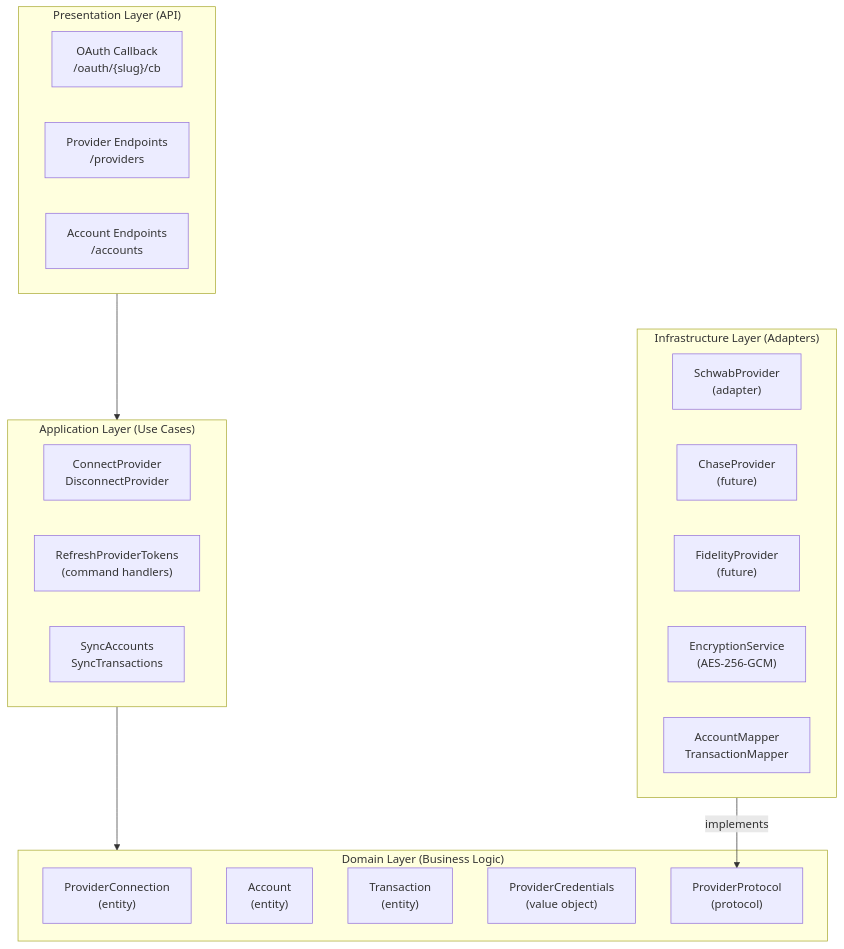
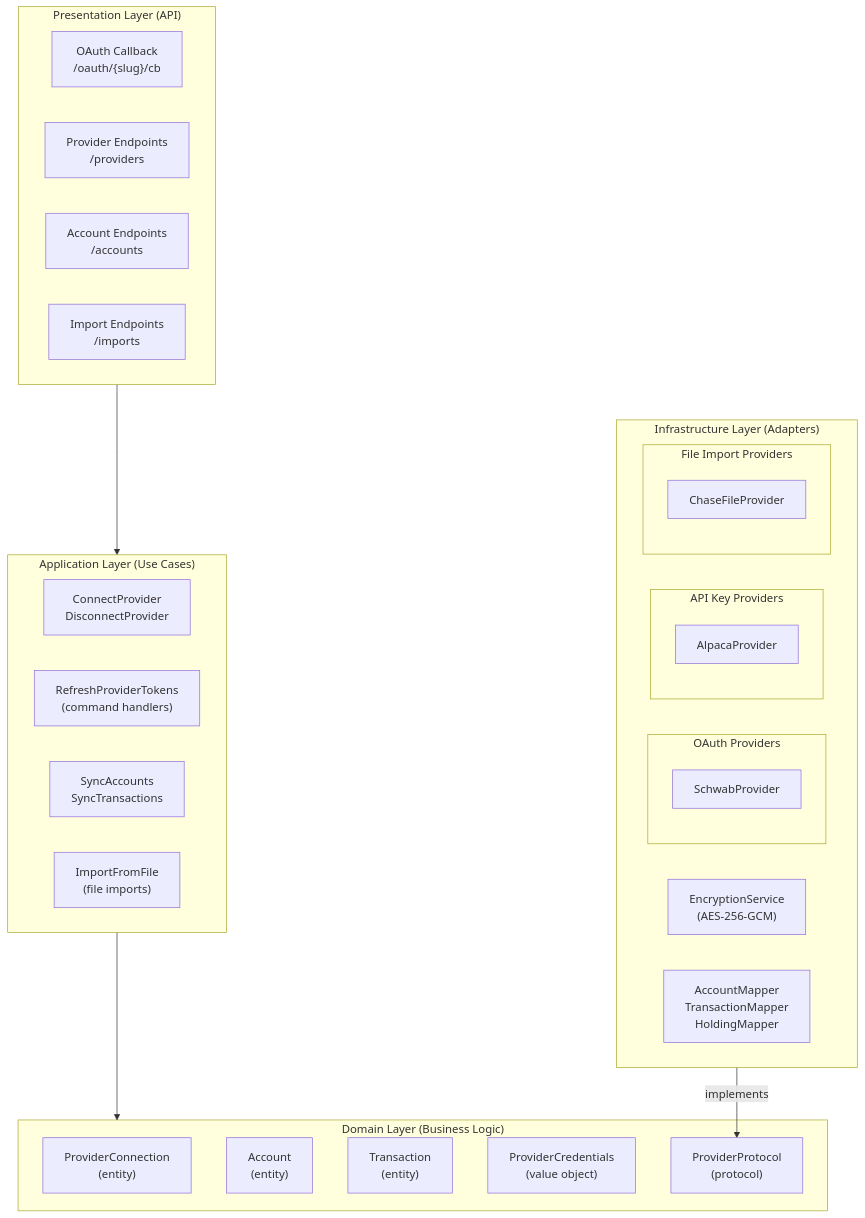
One commit to faiyaz7283/dashtam-api changed the first of 3 diagrams in docs/architecture/provider-integration-architecture.md. Above: the diagram before and after it, drawn with Mermaid. The commit also changed other lines of this file and 33 other files, not shown here.

First line of the commit message:
feat(providers): add Chase File Import Provider (F7.2)

````diff
--- a/docs/architecture/provider-integration-architecture.md
+++ b/docs/architecture/provider-integration-architecture.md
@@ -21,34 +21,42 @@
 ```mermaid
 flowchart TB
     subgraph Presentation["Presentation Layer (API)"]
         OC["OAuth Callback<br/>/oauth/{slug}/cb"]
         PE["Provider Endpoints<br/>/providers"]
         AE["Account Endpoints<br/>/accounts"]
+        IE["Import Endpoints<br/>/imports"]
     end
 
     subgraph Application["Application Layer (Use Cases)"]
         CP["ConnectProvider<br/>DisconnectProvider"]
         RT["RefreshProviderTokens<br/>(command handlers)"]
         SA["SyncAccounts<br/>SyncTransactions"]
+        IFF["ImportFromFile<br/>(file imports)"]
     end
 
     subgraph Domain["Domain Layer (Business Logic)"]
         PC["ProviderConnection<br/>(entity)"]
         ACC["Account<br/>(entity)"]
         TXN["Transaction<br/>(entity)"]
         CRED["ProviderCredentials<br/>(value object)"]
         PP["ProviderProtocol<br/>(protocol)"]
     end
 
     subgraph Infrastructure["Infrastructure Layer (Adapters)"]
-        SP["SchwabProvider<br/>(adapter)"]
-        CHP["ChaseProvider<br/>(future)"]
-        FP["FidelityProvider<br/>(future)"]
+        subgraph OAuthProviders["OAuth Providers"]
+            SP["SchwabProvider"]
+        end
+        subgraph APIKeyProviders["API Key Providers"]
+            AP["AlpacaProvider"]
+        end
+        subgraph FileProviders["File Import Providers"]
+            CFP["ChaseFileProvider"]
+        end
         ENC["EncryptionService<br/>(AES-256-GCM)"]
-        MAP["AccountMapper<br/>TransactionMapper"]
+        MAP["AccountMapper<br/>TransactionMapper<br/>HoldingMapper"]
     end
 
     Presentation --> Application
     Application --> Domain
     Infrastructure -->|"implements"| PP
 ```
````
